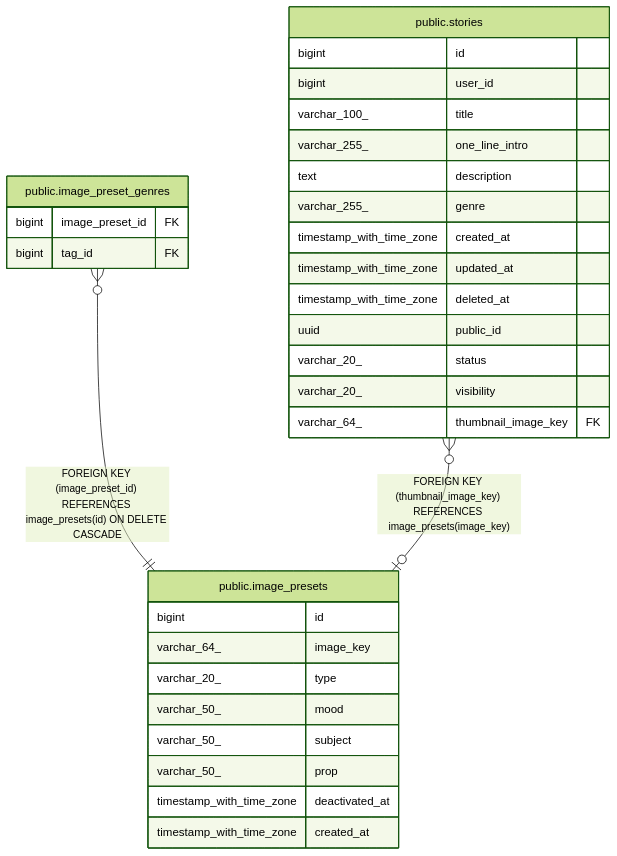
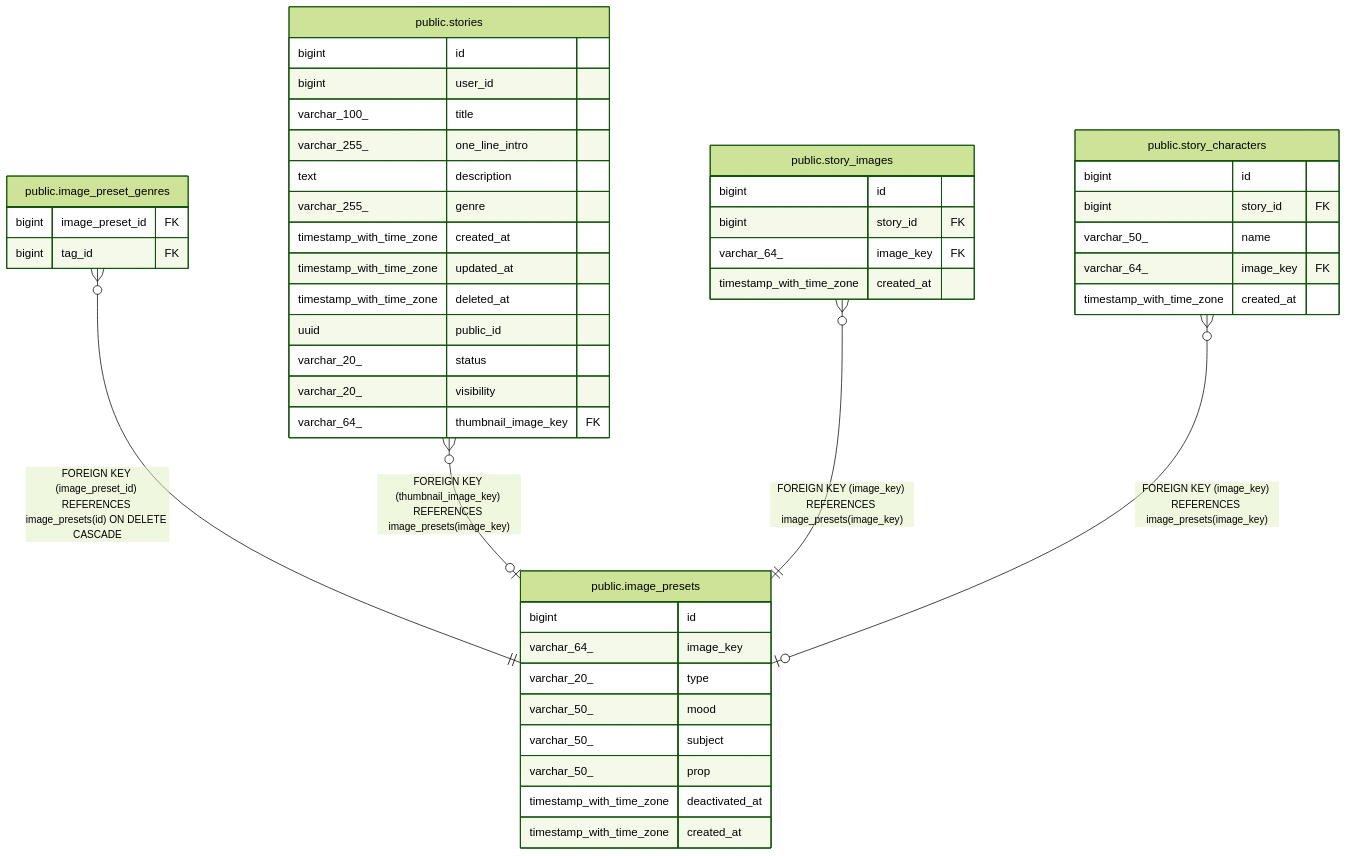
Before and after one commit to KIM-N-KANG/manyak-server: the diagram in dbdoc/public.image_presets.md, drawn with Mermaid (forest theme). The commit also changed other lines of this file and 16 other files, not shown here.

````diff
--- a/dbdoc/public.image_presets.md
+++ b/dbdoc/public.image_presets.md
@@ -35,36 +35,51 @@
 ```mermaid
 erDiagram
 
 "public.image_preset_genres" }o--|| "public.image_presets" : "FOREIGN KEY (image_preset_id) REFERENCES image_presets(id) ON DELETE CASCADE"
 "public.stories" }o--o| "public.image_presets" : "FOREIGN KEY (thumbnail_image_key) REFERENCES image_presets(image_key)"
+"public.story_images" }o--|| "public.image_presets" : "FOREIGN KEY (image_key) REFERENCES image_presets(image_key)"
+"public.story_characters" }o--o| "public.image_presets" : "FOREIGN KEY (image_key) REFERENCES image_presets(image_key)"
 
 "public.image_presets" {
   bigint id
   varchar_64_ image_key
   varchar_20_ type
   varchar_50_ mood
   varchar_50_ subject
   varchar_50_ prop
   timestamp_with_time_zone deactivated_at
   timestamp_with_time_zone created_at
 }
 "public.image_preset_genres" {
   bigint image_preset_id FK
   bigint tag_id FK
 }
 "public.stories" {
   bigint id
   bigint user_id
   varchar_100_ title
   varchar_255_ one_line_intro
   text description
   varchar_255_ genre
   timestamp_with_time_zone created_at
   timestamp_with_time_zone updated_at
   timestamp_with_time_zone deleted_at
   uuid public_id
   varchar_20_ status
   varchar_20_ visibility
   varchar_64_ thumbnail_image_key FK
 }
+"public.story_images" {
+  bigint id
+  bigint story_id FK
+  varchar_64_ image_key FK
+  timestamp_with_time_zone created_at
+}
+"public.story_characters" {
+  bigint id
+  bigint story_id FK
+  varchar_50_ name
+  varchar_64_ image_key FK
+  timestamp_with_time_zone created_at
+}
 ```
````
